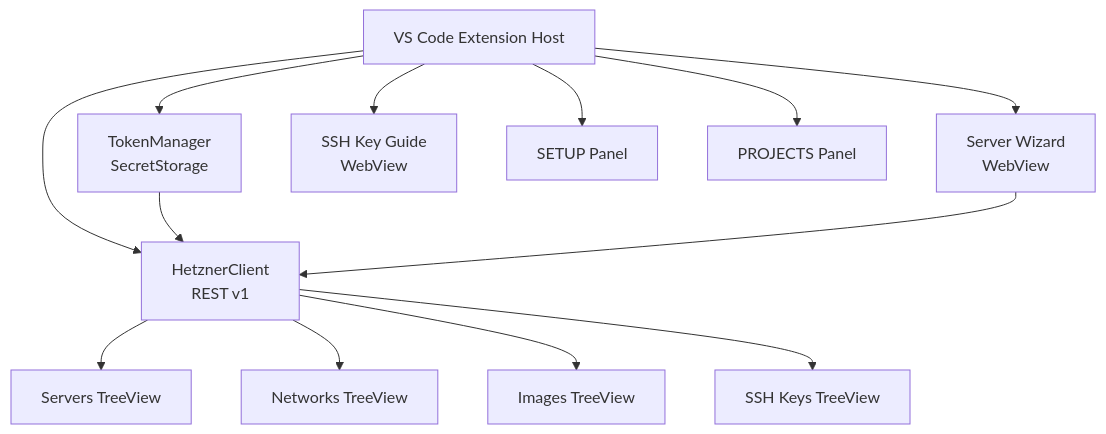
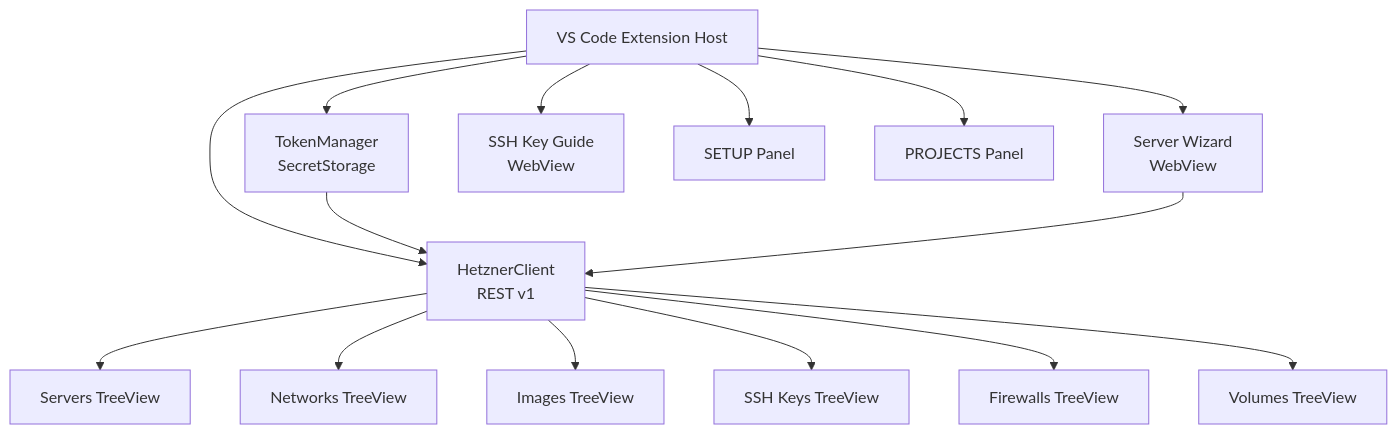
Before and after one commit to brwinnov/HetznerCloudToolkit: the second of 3 diagrams in ROADMAP.md, drawn with Mermaid. The commit also changed other lines of this file and 5 other files, not shown here.

````diff
--- a/ROADMAP.md
+++ b/ROADMAP.md
@@ -53,18 +78,20 @@
 ```mermaid
 graph TD
     A[VS Code Extension Host] --> B[TokenManager<br/>SecretStorage]
     A --> C[HetznerClient<br/>REST v1]
     B --> C
 
     C --> D[Servers TreeView]
     C --> E[Networks TreeView]
     C --> F[Images TreeView]
     C --> G[SSH Keys TreeView]
+    C --> L[Firewalls TreeView]
+    C --> M[Volumes TreeView]
 
     A --> H[Server Wizard<br/>WebView]
     A --> I[SSH Key Guide<br/>WebView]
     A --> J[SETUP Panel]
     A --> K[PROJECTS Panel]
 
     H --> C
 ```
````
